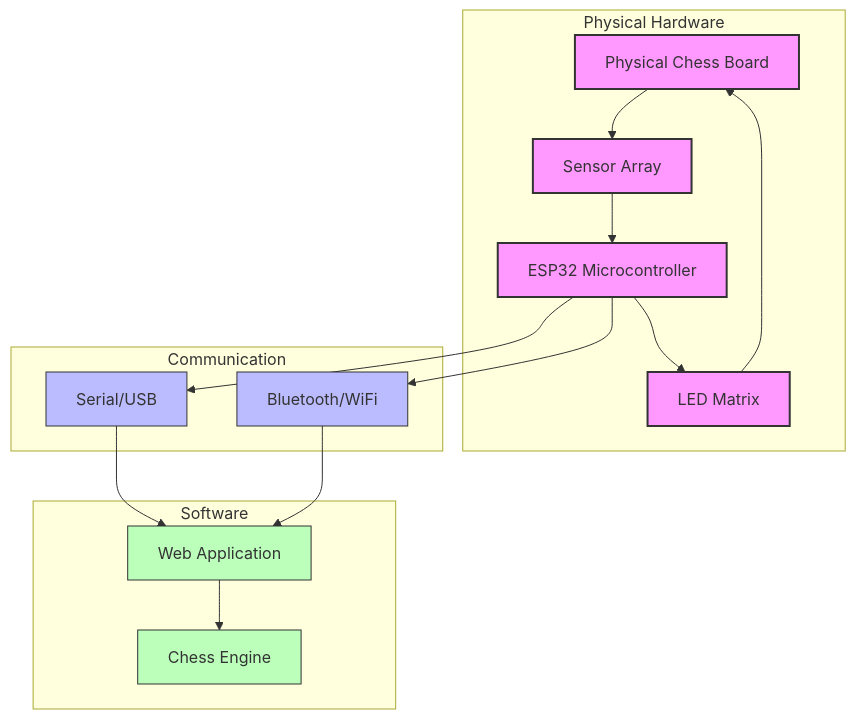
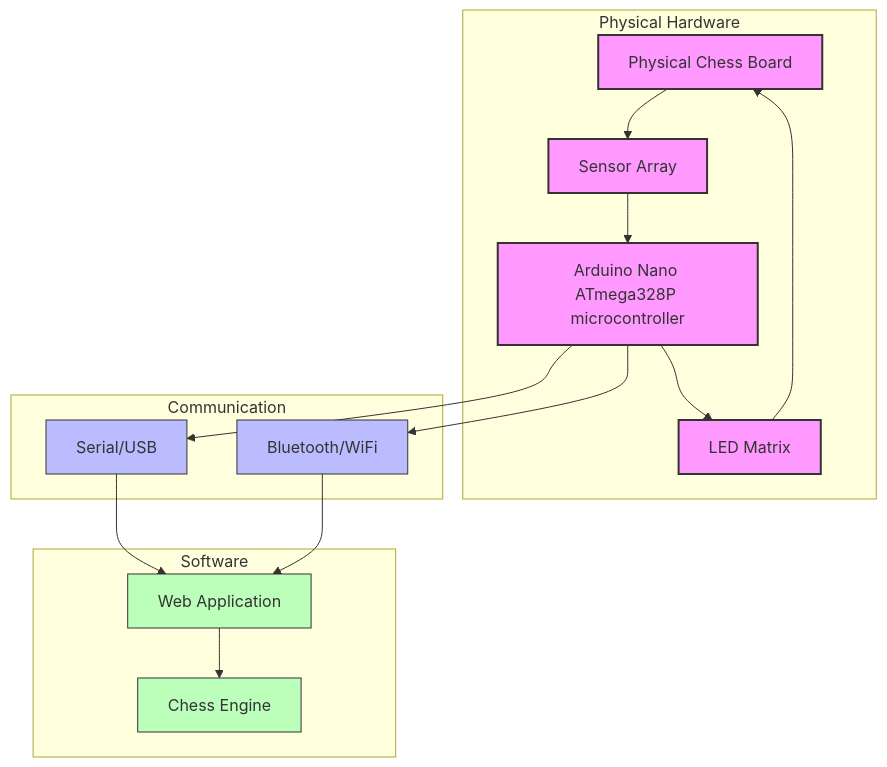
One commit to lklkevin/chesslink changed the first of 8 diagrams in simulation_architecture.md. Above: the diagram before and after it, drawn with Mermaid. The commit also changed other lines of this file, not shown here.

Commit message:
updated text for sim

````diff
--- a/simulation_architecture.md
+++ b/simulation_architecture.md
@@ -18,38 +18,38 @@
 ```mermaid
 graph TB
     subgraph "Physical Hardware"
         BOARD[Physical Chess Board]
         SENS[Sensor Array]
         LED[LED Matrix]
-        MCU[ESP32 Microcontroller]
+        MCU[Arduino Nano ATmega328P microcontroller]
     end
 
     subgraph "Communication"
         SERIAL[Serial/USB]
         BT[Bluetooth/WiFi]
     end
 
     subgraph "Software"
         WEB[Web Application]
         CHESS[Chess Engine]
     end
 
     BOARD --> SENS
     SENS --> MCU
     MCU --> LED
     LED --> BOARD
     
     MCU --> SERIAL
     MCU --> BT
     SERIAL --> WEB
     BT --> WEB
     WEB --> CHESS
 
     classDef primary fill:#f9f,stroke:#333,stroke-width:2px
     classDef communication fill:#bbf,stroke:#333,stroke-width:1px
     classDef software fill:#bfb,stroke:#333,stroke-width:1px
     
     class BOARD,SENS,LED,MCU primary
     class SERIAL,BT communication
     class WEB,CHESS software
 ```
````
